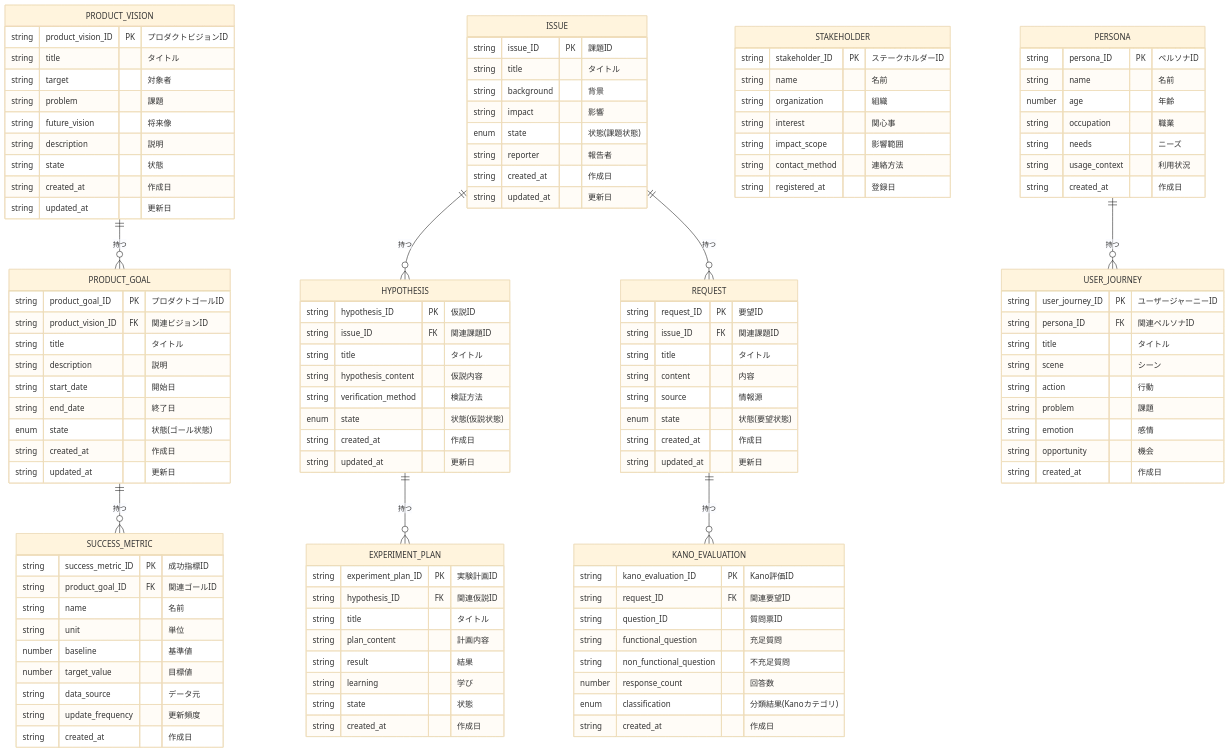
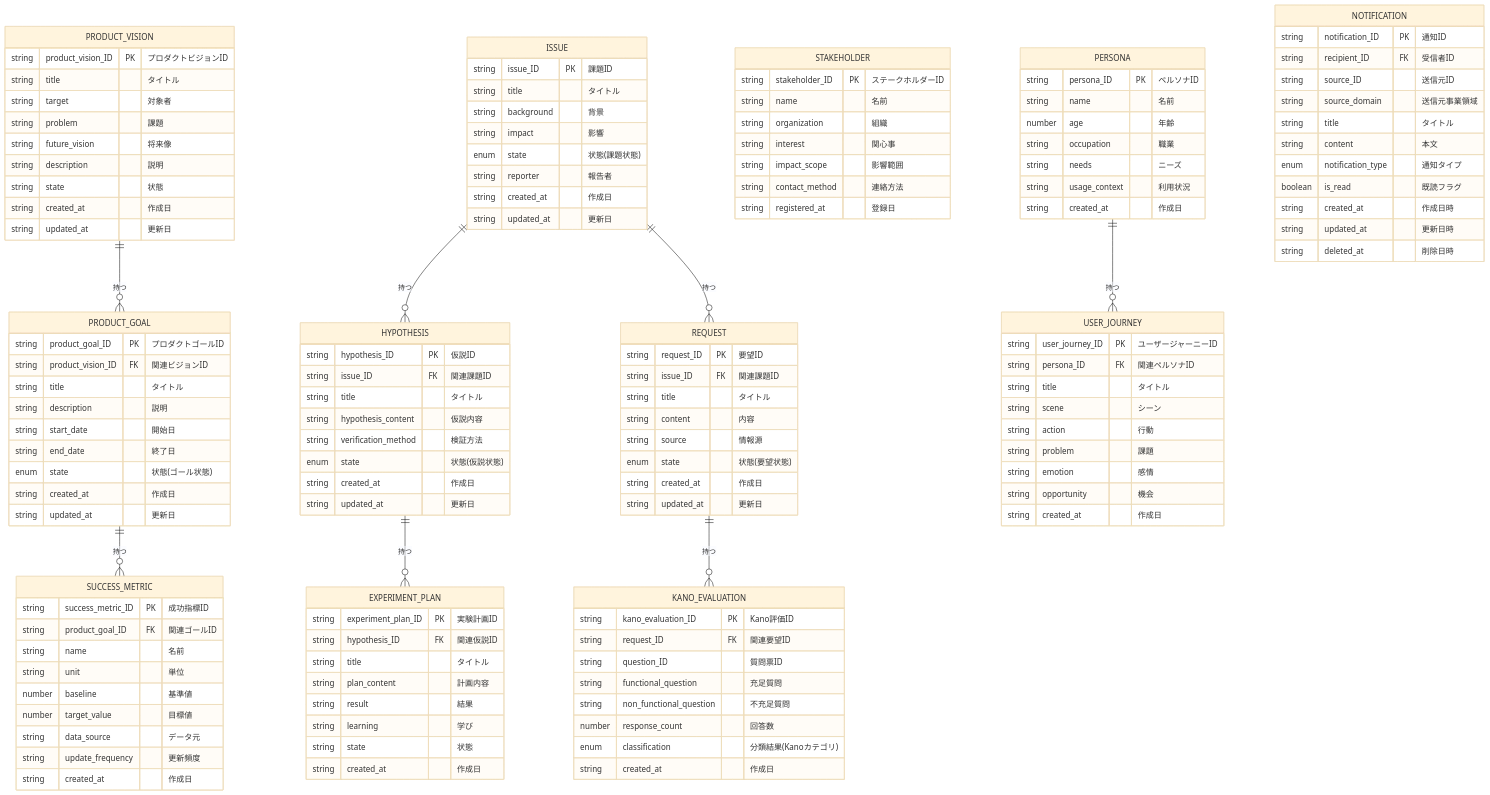
One commit to mizo432/modulith-learning changed the diagram in 2_RDRASpec/論理データモデル.md. Above: the diagram before and after it, drawn with Mermaid (base theme). The commit also changed other lines of this file and 177 other files, not shown here.

````diff
--- a/2_RDRASpec/論理データモデル.md
+++ b/2_RDRASpec/論理データモデル.md
@@ -138,4 +138,18 @@
     HYPOTHESIS ||--o{ EXPERIMENT_PLAN : "持つ"
     REQUEST ||--o{ KANO_EVALUATION : "持つ"
     PERSONA ||--o{ USER_JOURNEY : "持つ"
+
+    NOTIFICATION {
+        string notification_ID PK "通知ID"
+        string recipient_ID FK "受信者ID"
+        string source_ID "送信元ID"
+        string source_domain "送信元事業領域"
+        string title "タイトル"
+        string content "本文"
+        enum notification_type "通知タイプ"
+        boolean is_read "既読フラグ"
+        string created_at "作成日時"
+        string updated_at "更新日時"
+        string deleted_at "削除日時"
+    }
 ```
````
